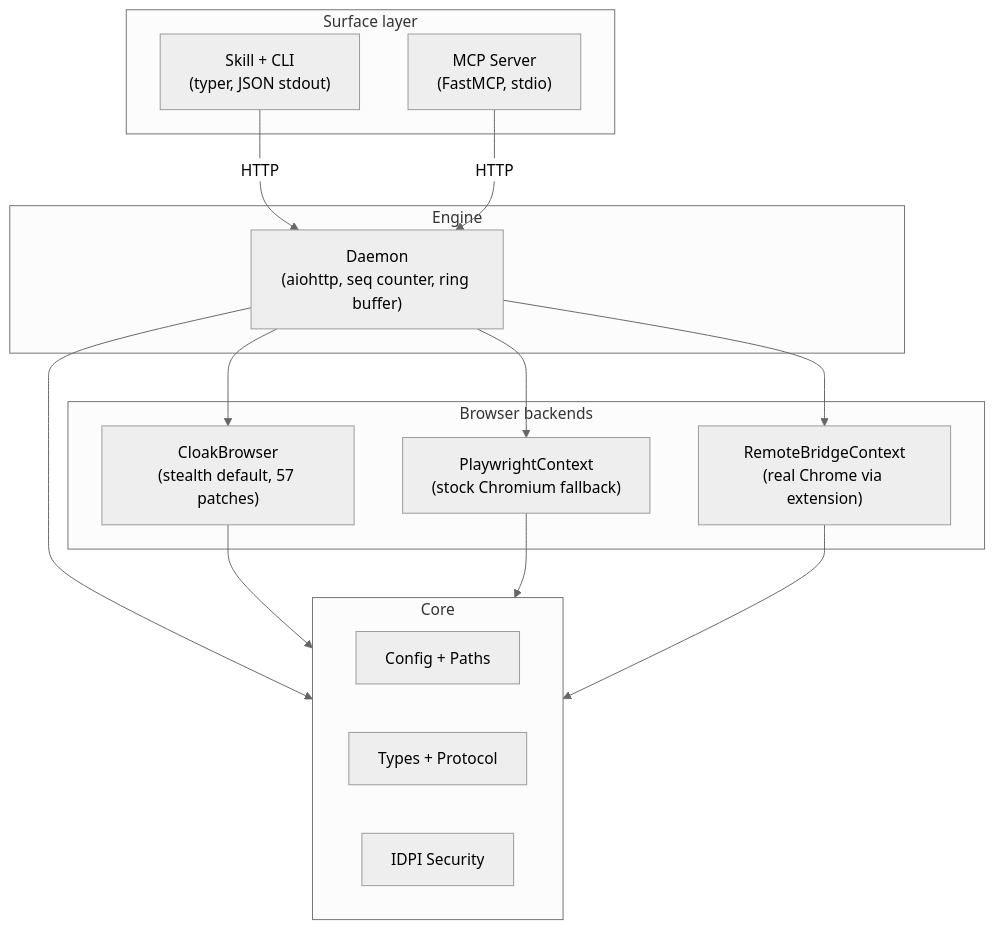
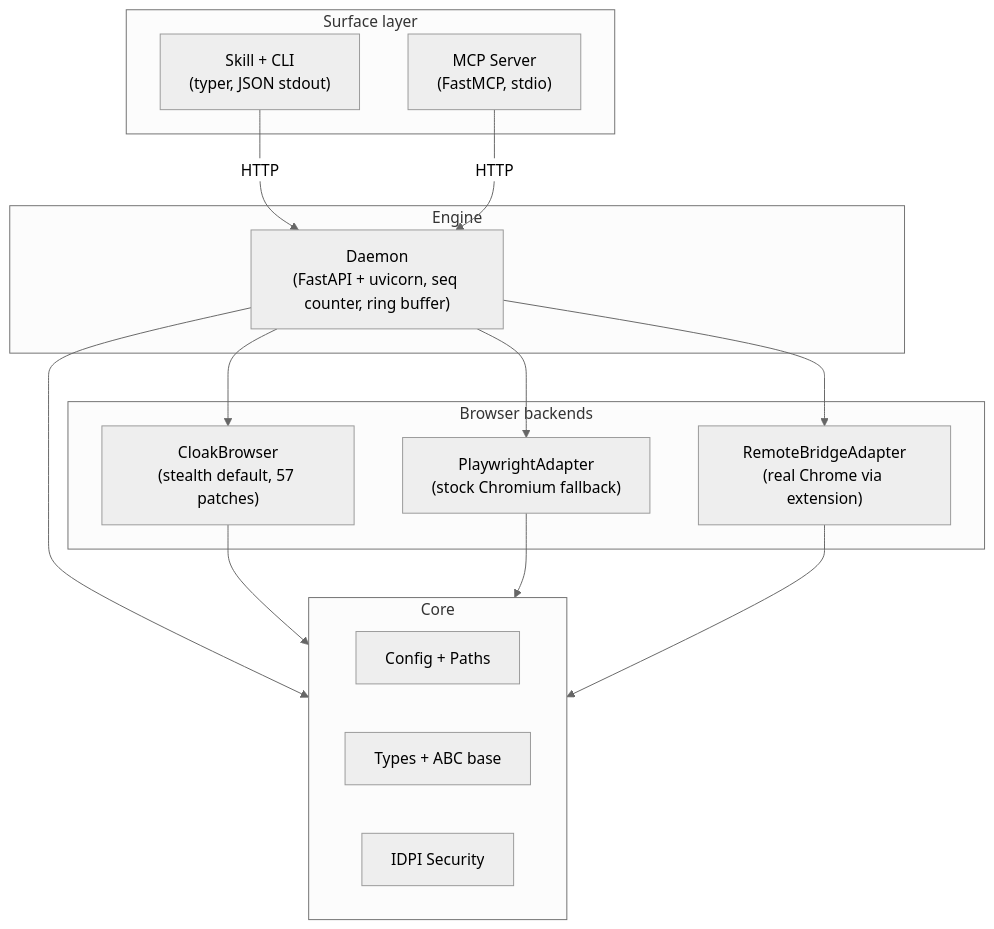
The diagram in docs/en/explanation/architecture.md (shayu01/agentcloak), drawn with Mermaid (neutral theme) before and after one commit. The commit also changed other lines of this file and 11 other files, not shown here.

````diff
--- a/docs/en/explanation/architecture.md
+++ b/docs/en/explanation/architecture.md
@@ -7,33 +7,33 @@
 ```mermaid
 graph TD
     subgraph Surface["Surface layer"]
         Skill["Skill + CLI<br/>(typer, JSON stdout)"]
         MCP["MCP Server<br/>(FastMCP, stdio)"]
     end
 
     subgraph Engine["Engine"]
-        Daemon["Daemon<br/>(aiohttp, seq counter, ring buffer)"]
+        Daemon["Daemon<br/>(FastAPI + uvicorn, seq counter, ring buffer)"]
     end
 
     subgraph Backends["Browser backends"]
         Cloak["CloakBrowser<br/>(stealth default, 57 patches)"]
-        PW["PlaywrightContext<br/>(stock Chromium fallback)"]
-        Bridge["RemoteBridgeContext<br/>(real Chrome via extension)"]
+        PW["PlaywrightAdapter<br/>(stock Chromium fallback)"]
+        Bridge["RemoteBridgeAdapter<br/>(real Chrome via extension)"]
     end
 
     subgraph Core["Core"]
         Config["Config + Paths"]
-        Types["Types + Protocol"]
+        Types["Types + ABC base"]
         Security["IDPI Security"]
     end
 
     Skill -->|HTTP| Daemon
     MCP -->|HTTP| Daemon
     Daemon --> Cloak
     Daemon --> PW
     Daemon --> Bridge
     Daemon --> Core
     Cloak --> Core
     PW --> Core
     Bridge --> Core
 ```
````
